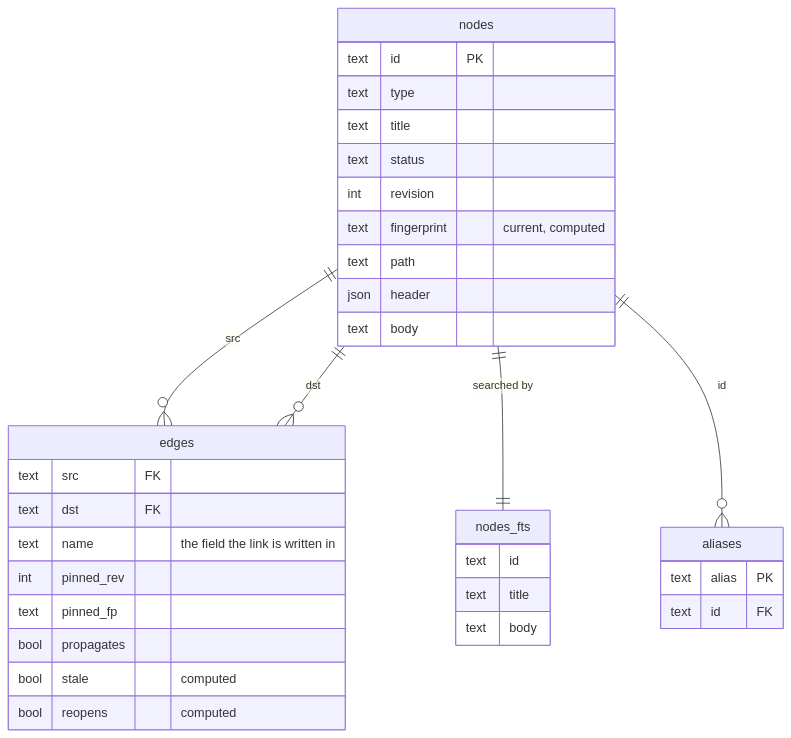
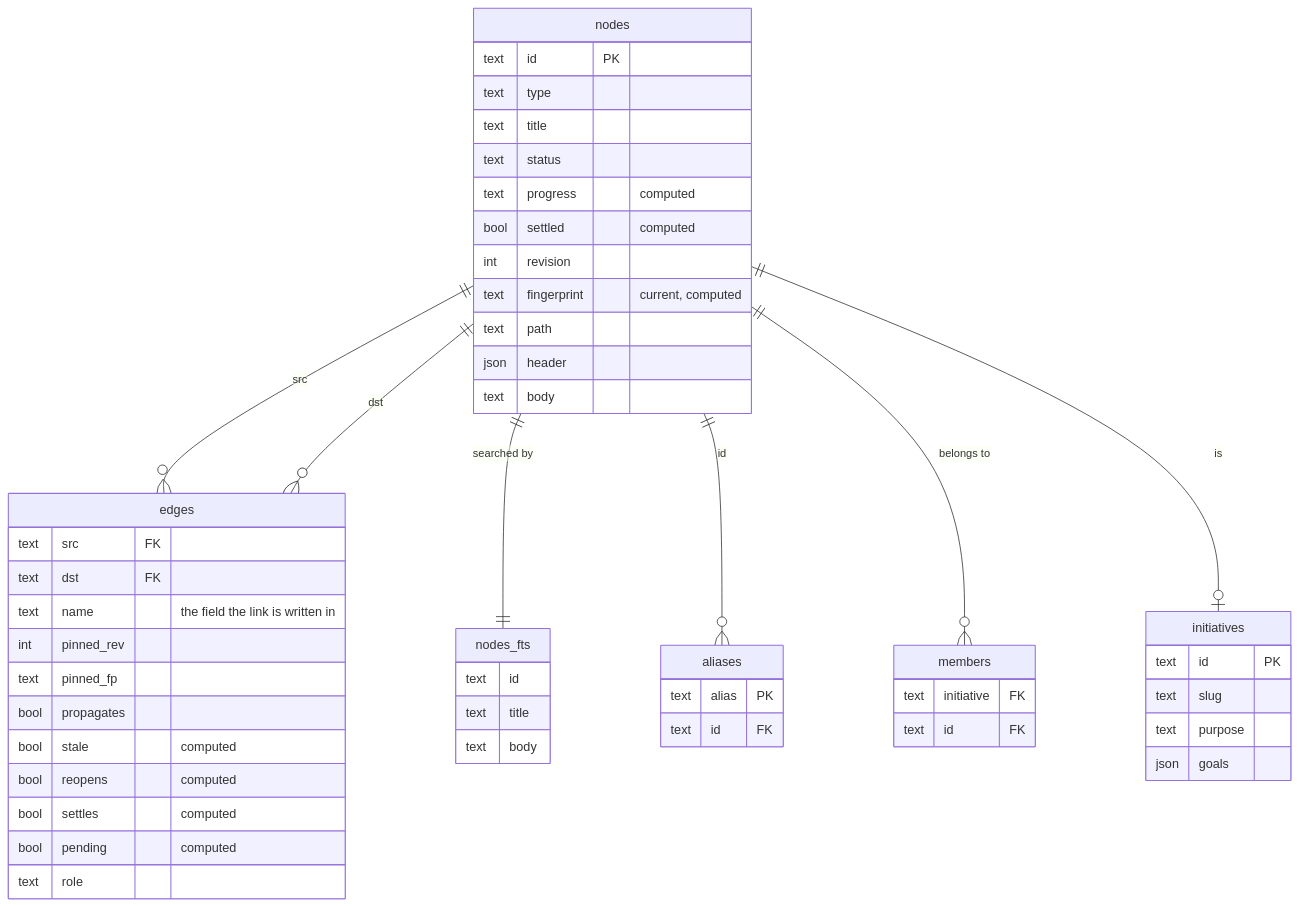
Before and after one commit to andycondon/loremason: the diagram in docs/context-graph/03-implementation.md, drawn with Mermaid. The commit also changed other lines of this file and 28 other files, not shown here.

````diff
--- a/docs/context-graph/03-implementation.md
+++ b/docs/context-graph/03-implementation.md
@@ -278,37 +284,54 @@
 ```mermaid
 erDiagram
   nodes ||--o{ edges : "src"
   nodes ||--o{ edges : "dst"
   nodes ||--|| nodes_fts : "searched by"
   nodes ||--o{ aliases : "id"
+  nodes ||--o{ members : "belongs to"
+  nodes ||--o| initiatives : "is"
   nodes {
     text id PK
     text type
     text title
     text status
+    text progress "computed"
+    bool settled "computed"
     int revision
     text fingerprint "current, computed"
     text path
     json header
     text body
   }
   edges {
     text src FK
     text dst FK
     text name "the field the link is written in"
     int pinned_rev
     text pinned_fp
     bool propagates
     bool stale "computed"
     bool reopens "computed"
+    bool settles "computed"
+    bool pending "computed"
+    text role
+  }
+  members {
+    text initiative FK
+    text id FK
+  }
+  initiatives {
+    text id PK
+    text slug
+    text purpose
+    json goals
   }
   aliases {
     text alias PK
     text id FK
   }
   nodes_fts {
     text id
     text title
     text body
   }
 ```
````
